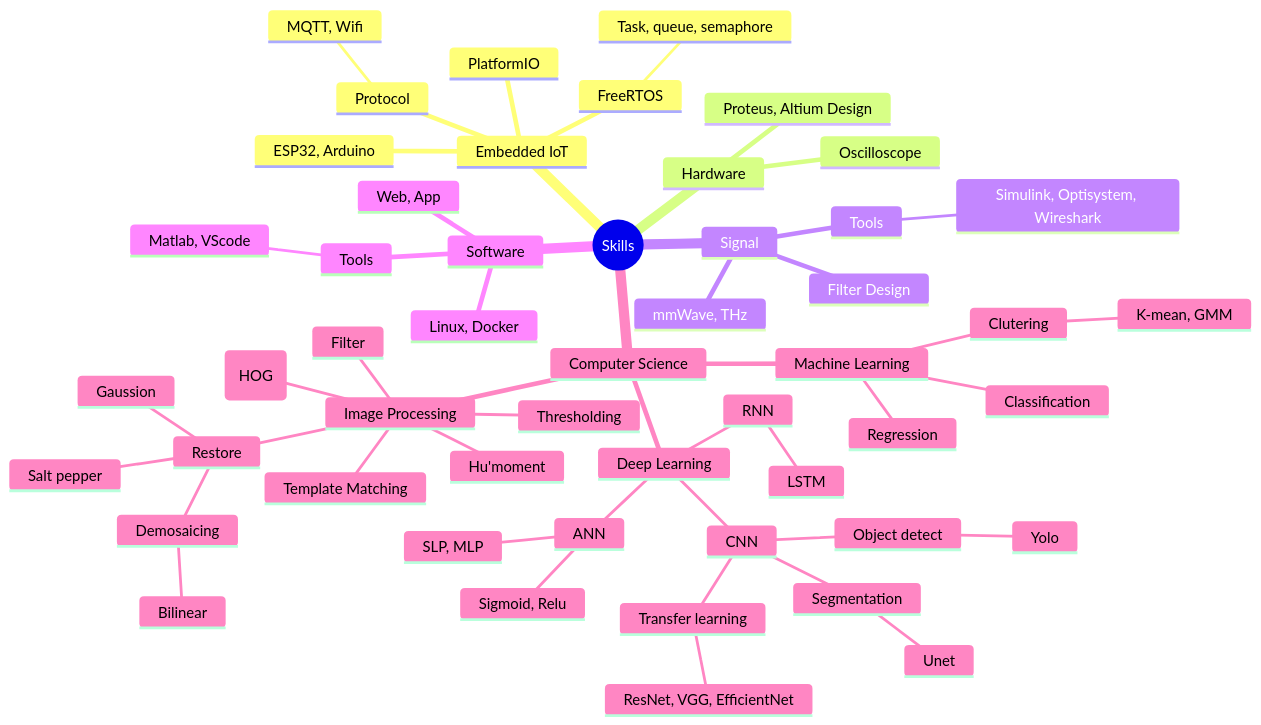
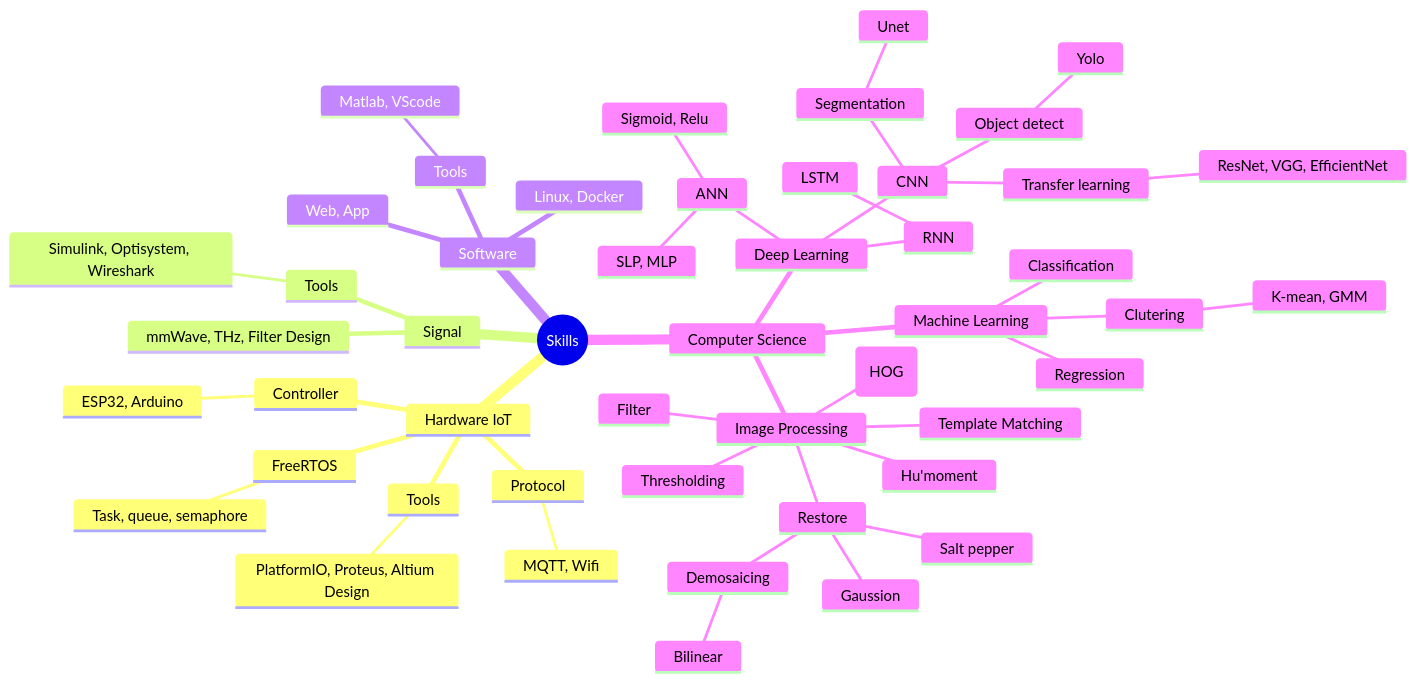
One commit to bathanh0309/bathanh0309 changed the diagram in README.md. Above: the diagram before and after it, drawn with Mermaid.

````diff
--- a/README.md
+++ b/README.md
@@ -140,54 +140,52 @@
 ```mermaid
 mindmap
   root((Skills))
-    Embedded IoT
+    Hardware IoT
       Protocol
         MQTT, Wifi
-      ESP32, Arduino
+      Controller
+        ESP32, Arduino
       FreeRTOS
         Task, queue, semaphore
-      PlatformIO
-    Hardware
-      Proteus, Altium Design
-      Oscilloscope
+      Tools
+        PlatformIO, Proteus, Altium Design
     Signal
-      mmWave, THz
-      Filter Design
+      mmWave, THz, Filter Design
       Tools
         Simulink, Optisystem, Wireshark
     Software
       Tools
         Matlab, VScode
       Linux, Docker
       Web, App
     Computer Science
       Machine Learning
         Classification
         Regression
         Clutering
           K-mean, GMM
       Deep Learning
         ANN
           SLP, MLP
           Sigmoid, Relu
         CNN
           Segmentation
             Unet
           Object detect
             Yolo
           Transfer learning
             ResNet, VGG, EfficientNet
         RNN
           LSTM
       Image Processing
         Histogram (HOG)
         Hu'moment
         Thresholding
         Template Matching
         Filter
         Restore
           Gaussion
           Salt pepper
           Demosaicing
             Bilinear
 ```
````
